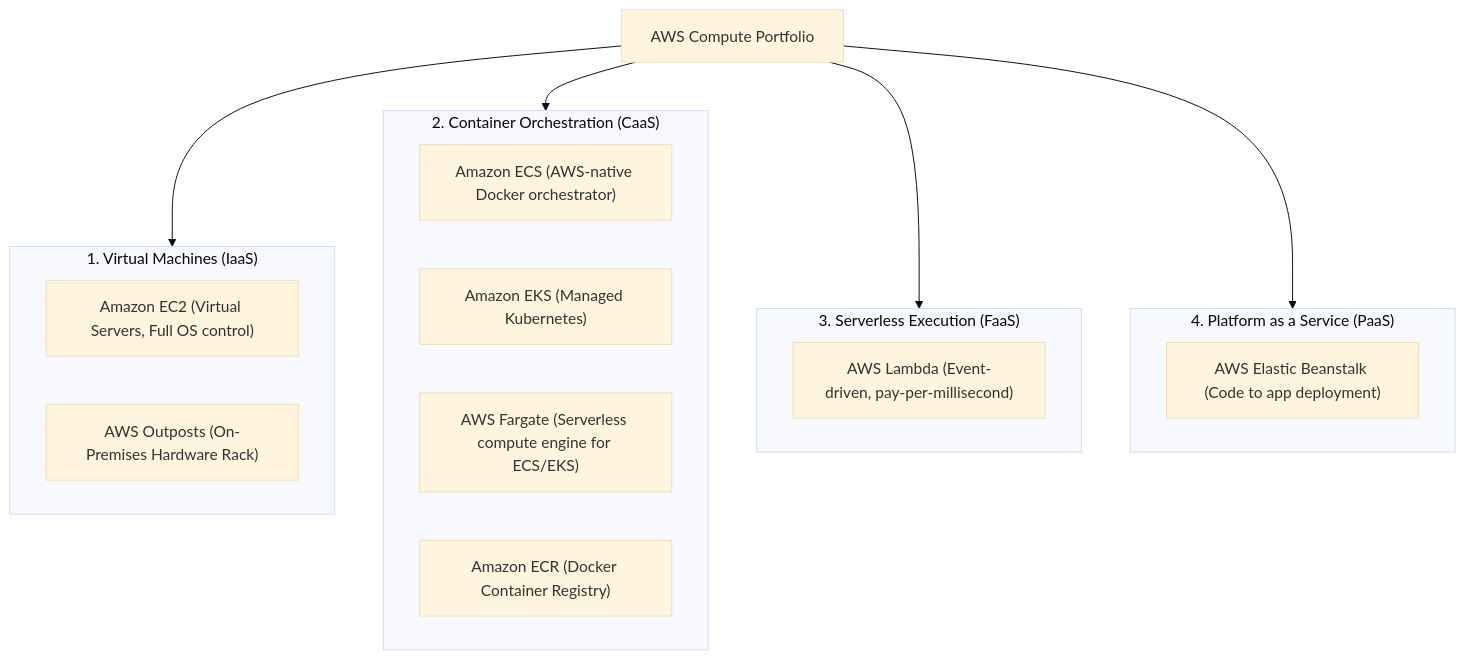
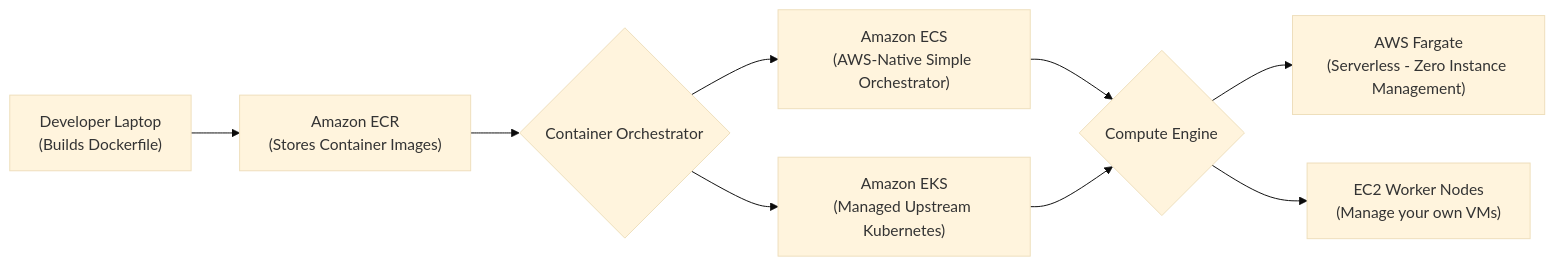
One commit to fakhruldeen/AWS changed the fourth of 5 diagrams in Cloud/Practitioner/CLF-C02/06_Explanations/03_Technology_and_Services/Compute_Services.md. Above: the diagram before and after it, drawn with Mermaid (base theme). The commit also changed other lines of this file and 6 other files, not shown here.

````diff
--- a/Cloud/Practitioner/CLF-C02/06_Explanations/03_Technology_and_Services/Compute_Services.md
+++ b/Cloud/Practitioner/CLF-C02/06_Explanations/03_Technology_and_Services/Compute_Services.md
@@ -23,29 +124,11 @@
 ```mermaid
-flowchart TD
-    Compute["AWS Compute Portfolio"]
-    
-    subgraph IaaS["1. Virtual Machines (IaaS)"]
-        EC2["Amazon EC2 (Virtual Servers, Full OS control)"]
-        Outposts["AWS Outposts (On-Premises Hardware Rack)"]
-    end
-    
-    subgraph Containers["2. Container Orchestration (CaaS)"]
-        ECS["Amazon ECS (AWS-native Docker orchestrator)"]
-        EKS["Amazon EKS (Managed Kubernetes)"]
-        Fargate["AWS Fargate (Serverless compute engine for ECS/EKS)"]
-        ECR["Amazon ECR (Docker Container Registry)"]
-    end
-    
-    subgraph Serverless["3. Serverless Execution (FaaS)"]
-        Lambda["AWS Lambda (Event-driven, pay-per-millisecond)"]
-    end
-    
-    subgraph PaaS["4. Platform as a Service (PaaS)"]
-        Beanstalk["AWS Elastic Beanstalk (Code to app deployment)"]
-    end
-    
-    Compute --> IaaS
-    Compute --> Containers
-    Compute --> Serverless
-    Compute --> PaaS
+flowchart LR
+    Dev["Developer Laptop\n(Builds Dockerfile)"] --> ECR["Amazon ECR\n(Stores Container Images)"]
+    ECR --> Orchestrator{"Container Orchestrator"}
+    Orchestrator --> ECS["Amazon ECS\n(AWS-Native Simple Orchestrator)"]
+    Orchestrator --> EKS["Amazon EKS\n(Managed Upstream Kubernetes)"]
+    ECS --> Compute{"Compute Engine"}
+    EKS --> Compute
+    Compute --> Fargate["AWS Fargate\n(Serverless - Zero Instance Management)"]
+    Compute --> EC2_Nodes["EC2 Worker Nodes\n(Manage your own VMs)"]
 ```
````
